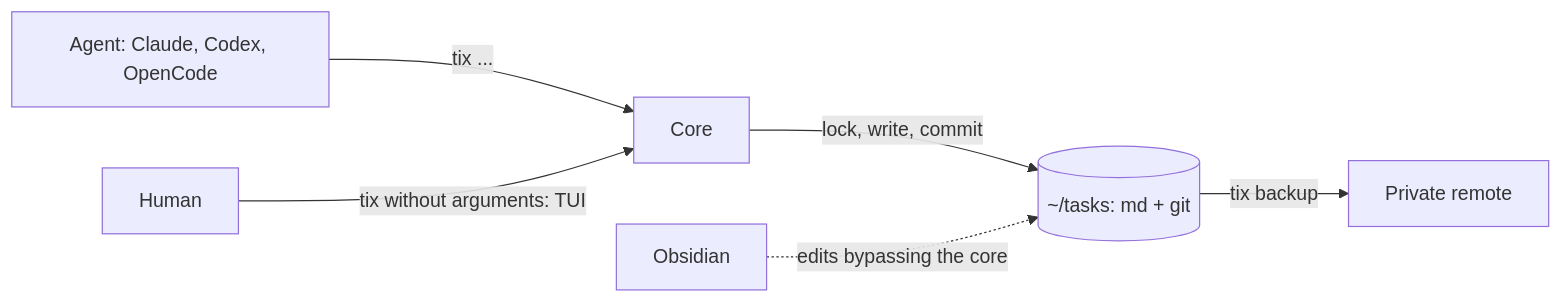
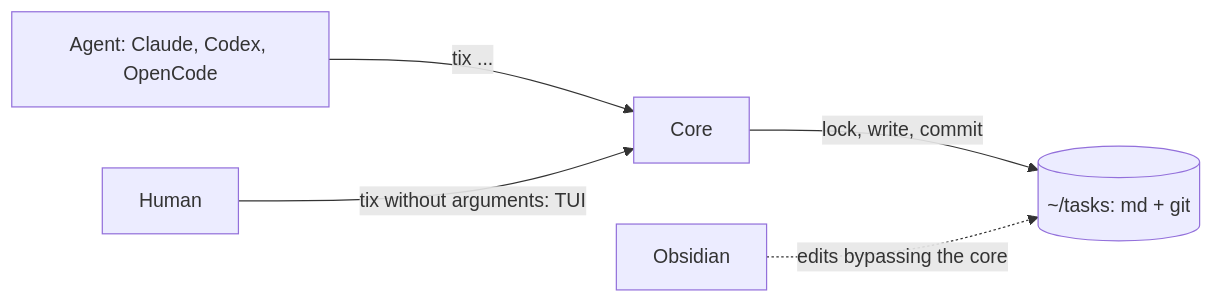
The first of 2 diagrams in docs/spec.md (daniil4545/tix), drawn with Mermaid before and after one commit. The commit also changed other lines of this file and 54 other files, not shown here.

````diff
--- a/docs/spec.md
+++ b/docs/spec.md
@@ -59,8 +58,7 @@
 ```mermaid
 flowchart LR
   ag["Agent: Claude, Codex, OpenCode"] -->|"tix ..."| core["Core"]
   hum["Human"] -->|"tix without arguments: TUI"| core
   core -->|"lock, write, commit"| repo[("~/tasks: md + git")]
   obs["Obsidian"] -.->|"edits bypassing the core"| repo
-  repo -->|"tix backup"| bak["Private remote"]
 ```
````
